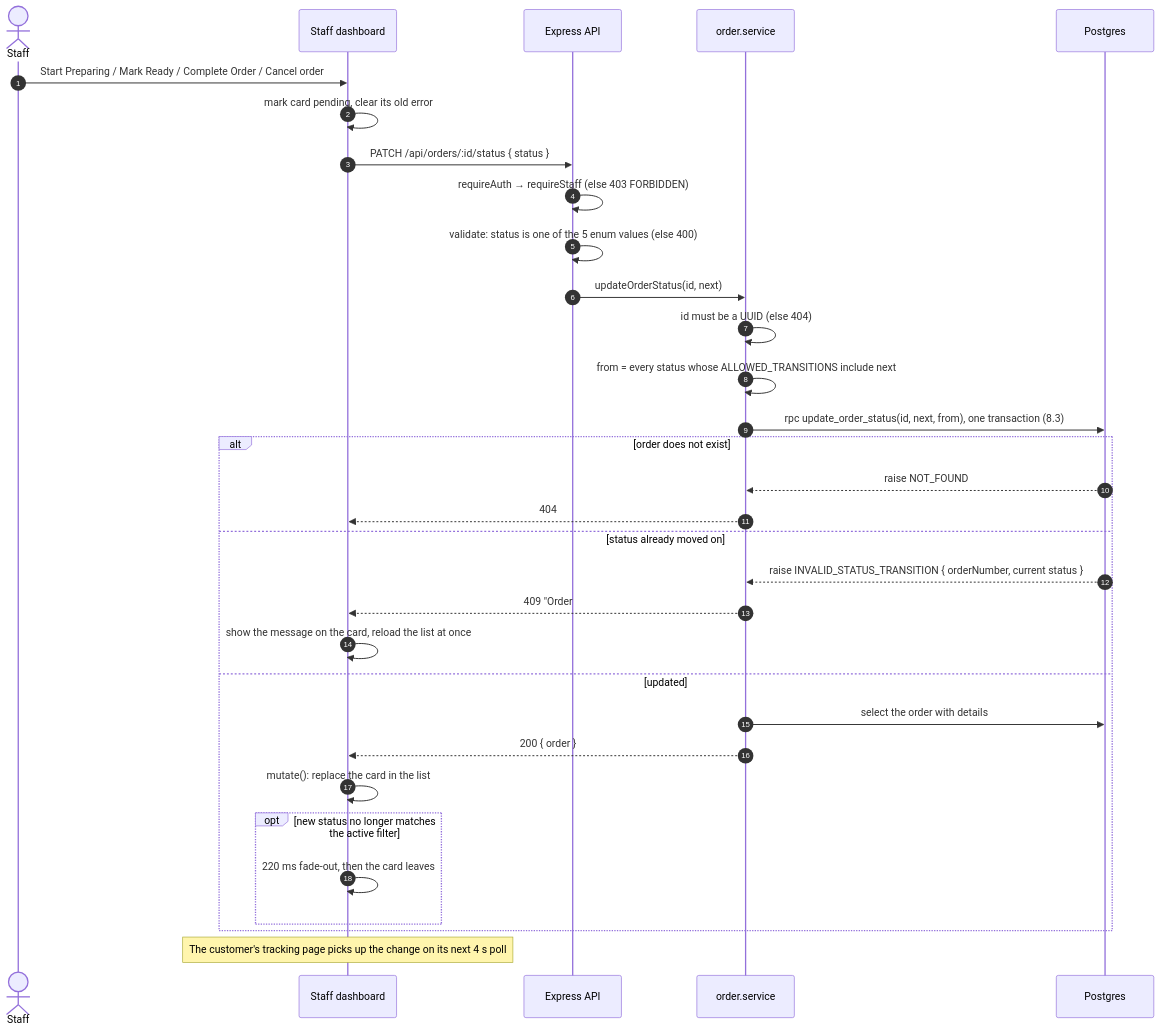
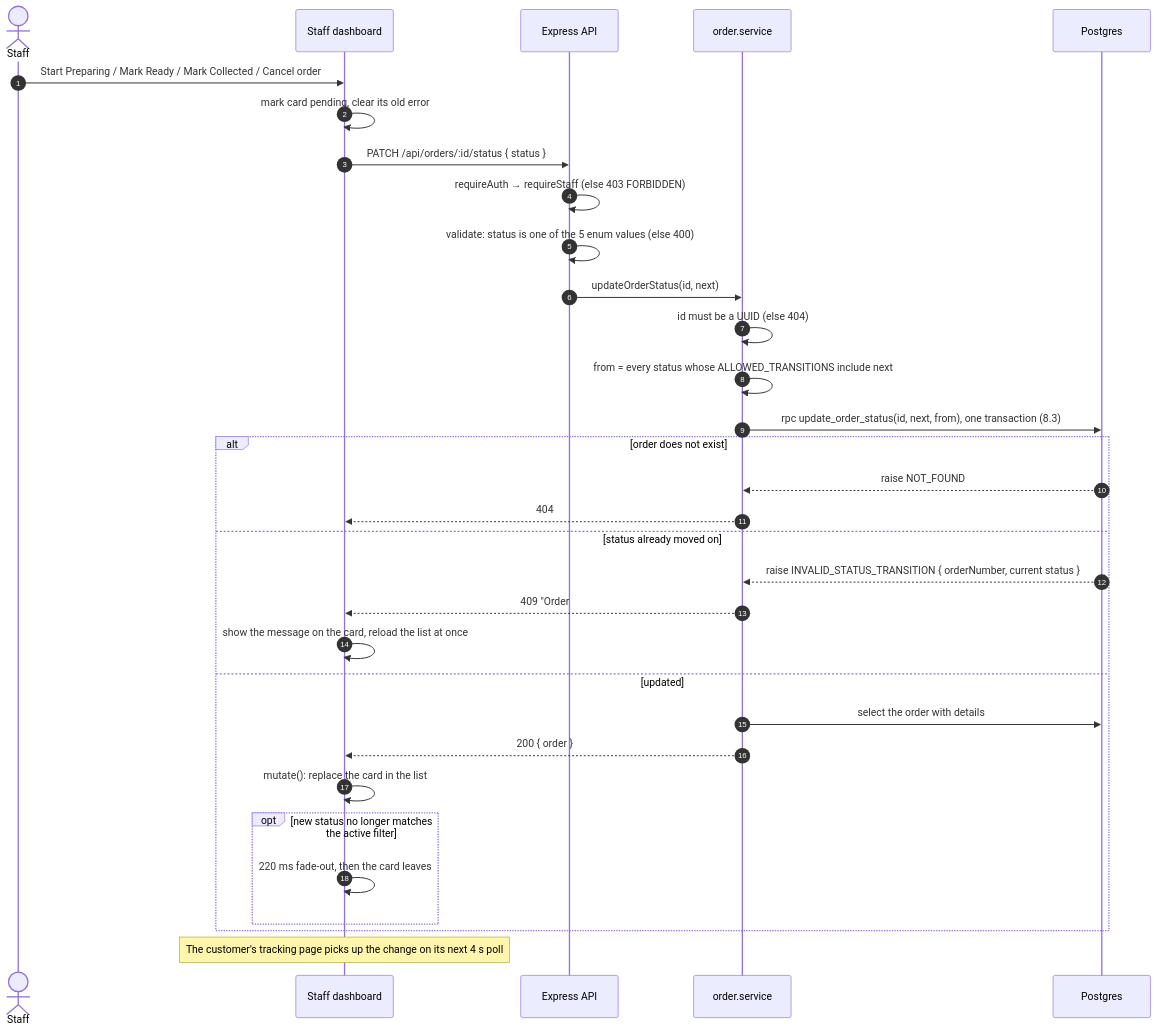
Diagram 21 of 27 in docs/ARCHITECTURE.md (The-KhaNha/KhaNha), drawn with Mermaid before and after one commit. The commit also changed other lines of this file and 69 other files, not shown here.

````diff
--- a/docs/ARCHITECTURE.md
+++ b/docs/ARCHITECTURE.md
@@ -720,35 +737,35 @@
 ```mermaid
 sequenceDiagram
   autonumber
   actor S as Staff
   participant B as Staff dashboard
   participant API as Express API
   participant Svc as order.service
   participant DB as Postgres
 
-  S->>B: Start Preparing / Mark Ready / Complete Order / Cancel order
+  S->>B: Start Preparing / Mark Ready / Mark Collected / Cancel order
   B->>B: mark card pending, clear its old error
   B->>API: PATCH /api/orders/:id/status { status }
   API->>API: requireAuth → requireStaff (else 403 FORBIDDEN)
   API->>API: validate: status is one of the 5 enum values (else 400)
   API->>Svc: updateOrderStatus(id, next)
   Svc->>Svc: id must be a UUID (else 404)
   Svc->>Svc: from = every status whose ALLOWED_TRANSITIONS include next
   Svc->>DB: rpc update_order_status(id, next, from), one transaction (8.3)
   alt order does not exist
     DB-->>Svc: raise NOT_FOUND
     Svc-->>B: 404
   else status already moved on
     DB-->>Svc: raise INVALID_STATUS_TRANSITION { orderNumber, current status }
     Svc-->>B: 409 "Order #1001 cannot move from READY to PREPARING."
     B->>B: show the message on the card, reload the list at once
   else updated
     Svc->>DB: select the order with details
     Svc-->>B: 200 { order }
     B->>B: mutate(): replace the card in the list
     opt new status no longer matches the active filter
       B->>B: 220 ms fade-out, then the card leaves
     end
   end
   Note over B: The customer's tracking page picks up the change on its next 4 s poll
 ```
````
